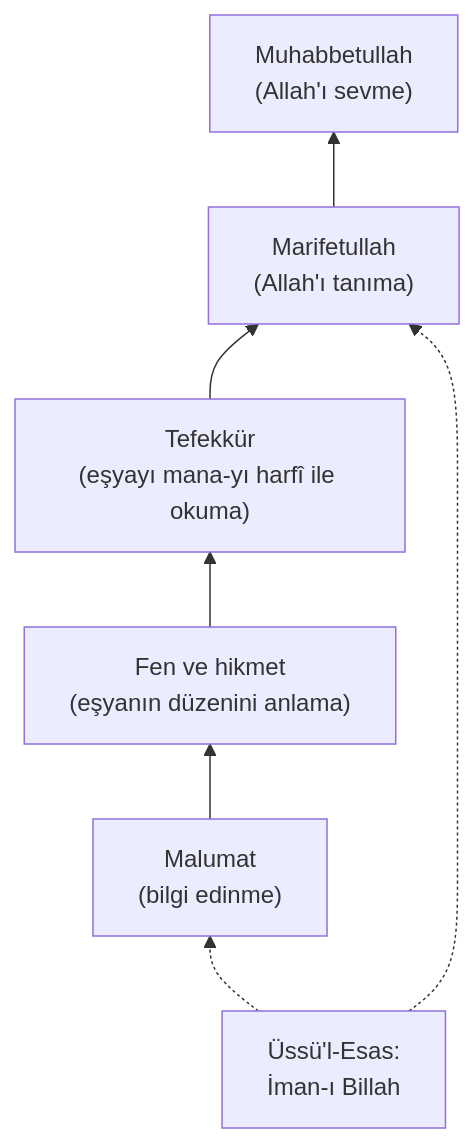
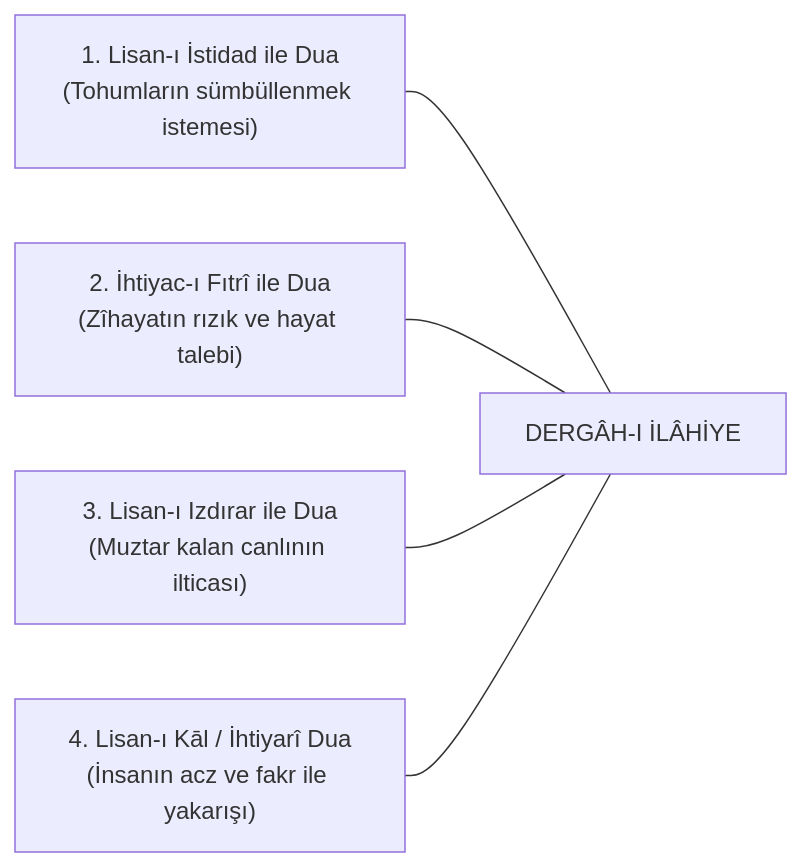
One commit to bahattinyunus/tilsim-i-kainat changed the second of 2 diagrams in docs/taallum-ve-tekamul.md. Above: the diagram before and after it, drawn with Mermaid. The commit also changed other lines of this file and 8 other files, not shown here.

````diff
--- a/docs/taallum-ve-tekamul.md
+++ b/docs/taallum-ve-tekamul.md
@@ -21,9 +76,7 @@
 ```mermaid
-flowchart BT
-    A["Malumat<br/>(bilgi edinme)"] --> B["Fen ve hikmet<br/>(eşyanın düzenini anlama)"]
-    B --> C["Tefekkür<br/>(eşyayı mana-yı harfî ile okuma)"]
-    C --> D["Marifetullah<br/>(Allah'ı tanıma)"]
-    D --> E["Muhabbetullah<br/>(Allah'ı sevme)"]
-    F["Üssü'l-Esas:<br/>İman-ı Billah"] -.-> A
-    F -.-> D
+flowchart LR
+    D1["1. Lisan-ı İstidad ile Dua<br/>(Tohumların sümbüllenmek istemesi)"] --- K["DERGÂH-I İLÂHİYE"]
+    D2["2. İhtiyac-ı Fıtrî ile Dua<br/>(Zîhayatın rızık ve hayat talebi)"] --- K
+    D3["3. Lisan-ı Izdırar ile Dua<br/>(Muztar kalan canlının ilticası)"] --- K
+    D4["4. Lisan-ı Kāl / İhtiyarî Dua<br/>(İnsanın acz ve fakr ile yakarışı)"] --- K
 ```
````
